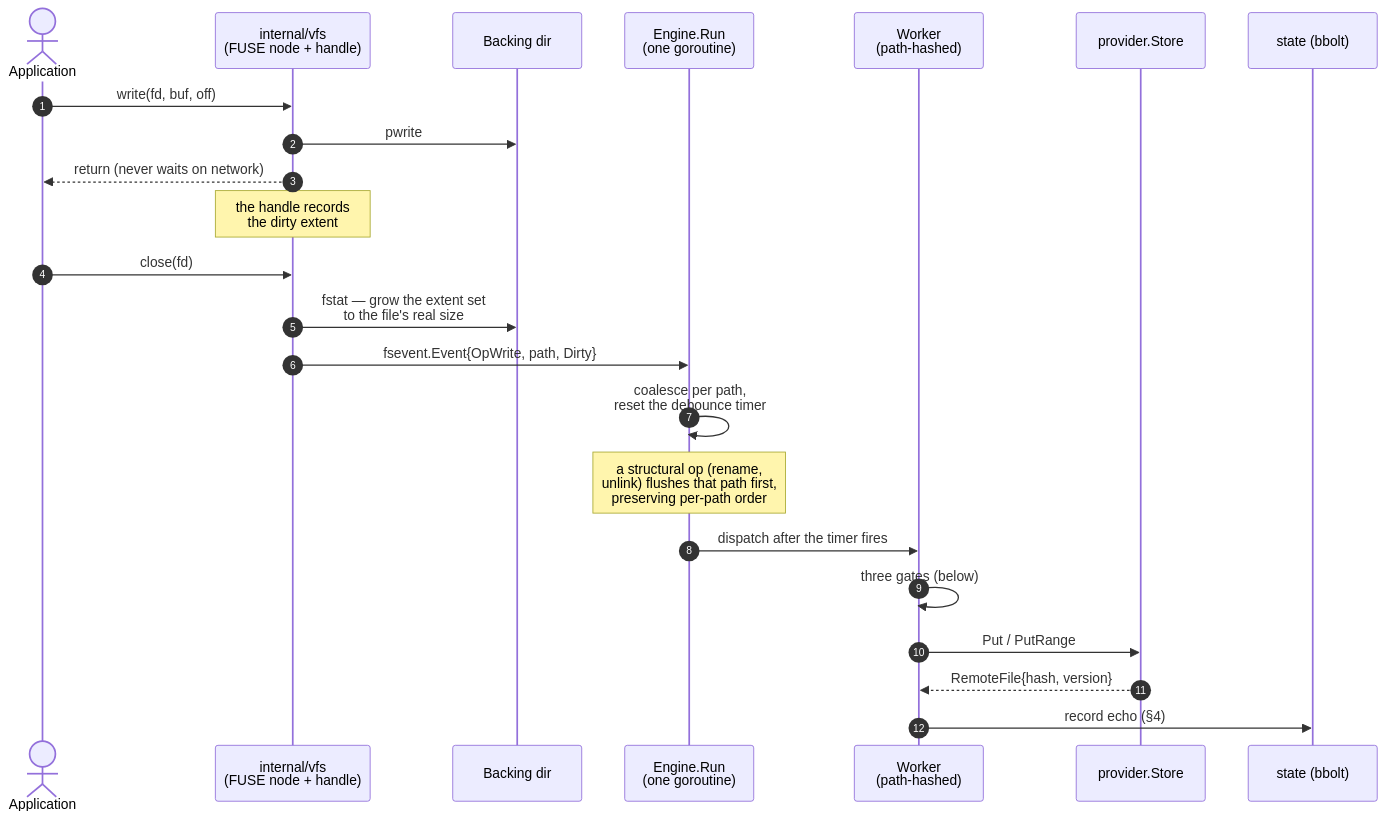
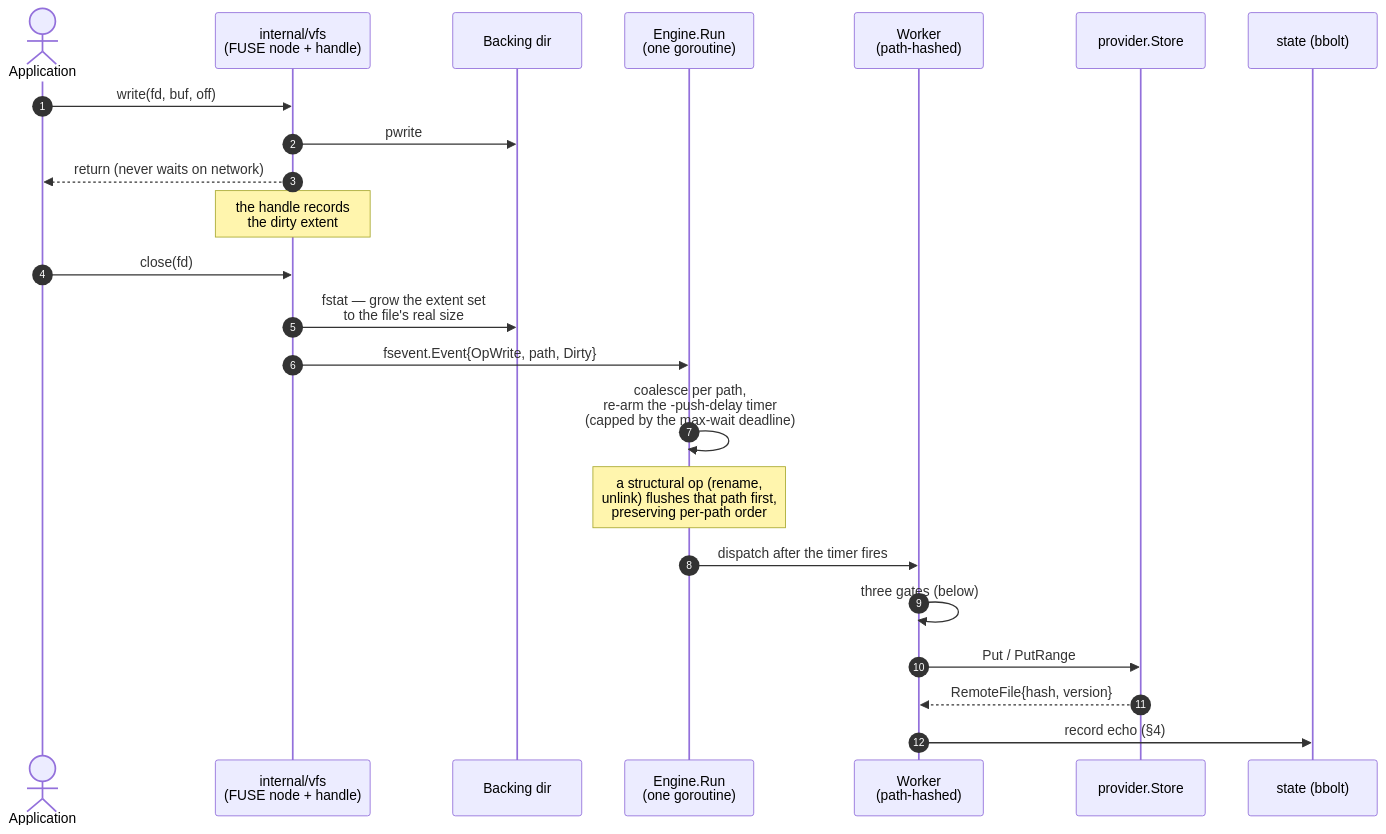
Before and after one commit to syshlted/drivel: the first of 9 diagrams in docs/dev/workflows.md, drawn with Mermaid. The commit also changed other lines of this file and 33 other files, not shown here.

````diff
--- a/docs/dev/workflows.md
+++ b/docs/dev/workflows.md
@@ -12,28 +12,28 @@
 ```mermaid
 sequenceDiagram
     autonumber
     actor app as Application
     participant vfs as internal/vfs<br/>(FUSE node + handle)
     participant back as Backing dir
     participant eng as Engine.Run<br/>(one goroutine)
     participant w as Worker<br/>(path-hashed)
     participant st as provider.Store
     participant state as state (bbolt)
 
     app->>vfs: write(fd, buf, off)
     vfs->>back: pwrite
     vfs-->>app: return (never waits on network)
     Note over vfs: the handle records<br/>the dirty extent
 
     app->>vfs: close(fd)
     vfs->>back: fstat — grow the extent set<br/>to the file's real size
     vfs->>eng: fsevent.Event{OpWrite, path, Dirty}
 
-    eng->>eng: coalesce per path,<br/>reset the debounce timer
+    eng->>eng: coalesce per path,<br/>re-arm the -push-delay timer<br/>(capped by the max-wait deadline)
     Note over eng: a structural op (rename,<br/>unlink) flushes that path first,<br/>preserving per-path order
     eng->>w: dispatch after the timer fires
     w->>w: three gates (below)
     w->>st: Put / PutRange
     st-->>w: RemoteFile{hash, version}
     w->>state: record echo (§4)
 ```
````
